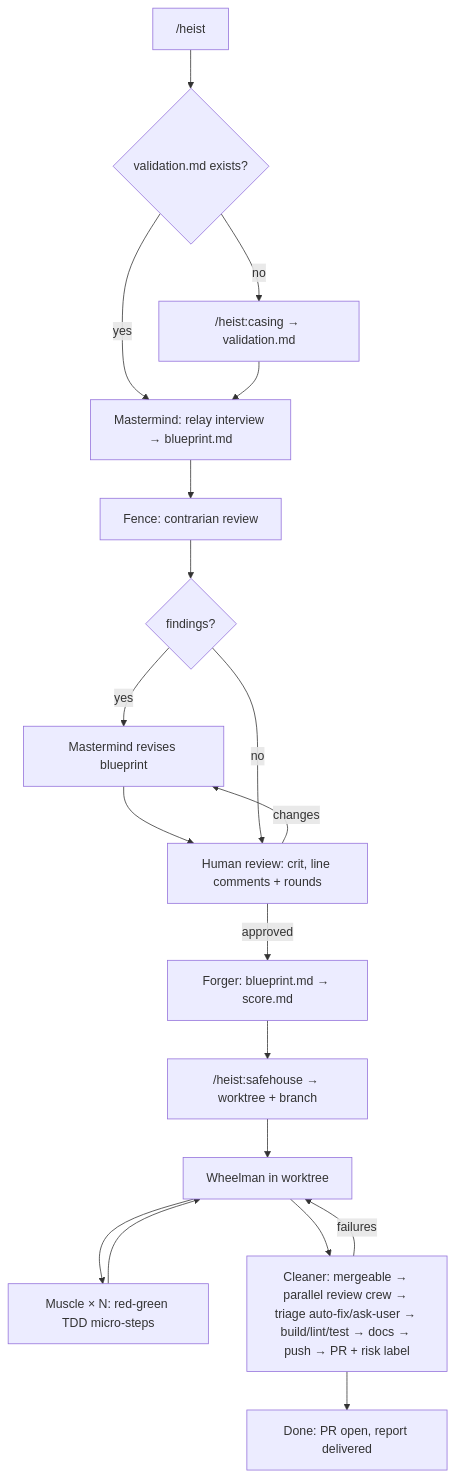
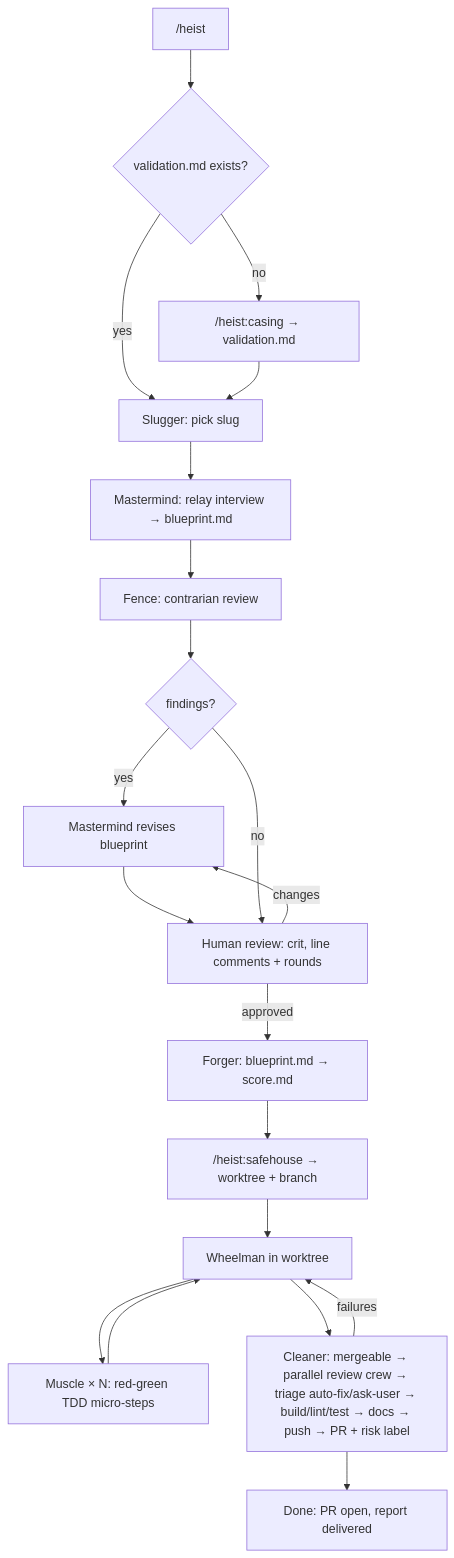
The diagram in README.md (GMadorell/heist), drawn with Mermaid before and after one commit. The commit also changed other lines of this file and 5 other files, not shown here.

Commit message:
Split slug into a different agent to simplify mastermind flow

````diff
--- a/README.md
+++ b/README.md
@@ -24,20 +24,21 @@
 ```mermaid
 flowchart TD
     A["/heist <slug>"] --> B{validation.md exists?}
     B -- no --> C["/heist:casing → validation.md"]
-    B -- yes --> D[Mastermind: relay interview → blueprint.md]
-    C --> D
+    B -- yes --> S[Slugger: pick slug]
+    S --> D[Mastermind: relay interview → blueprint.md]
+    C --> S
     D --> E[Fence: contrarian review]
     E --> F{findings?}
     F -- yes --> D2[Mastermind revises blueprint] --> G
     F -- no --> G[Human review: crit, line comments + rounds]
     G -- changes --> D2
     G -- approved --> H[Forger: blueprint.md → score.md]
     H --> I["/heist:safehouse → worktree + branch"]
     I --> J[Wheelman in worktree]
     J --> K[Muscle × N: red-green TDD micro-steps]
     K --> J
     J --> L[Cleaner: mergeable → parallel review crew → triage auto-fix/ask-user → build/lint/test → docs → push → PR + risk label]
     L -- failures --> J
     L --> M[Done: PR open, report delivered]
 ```
````
